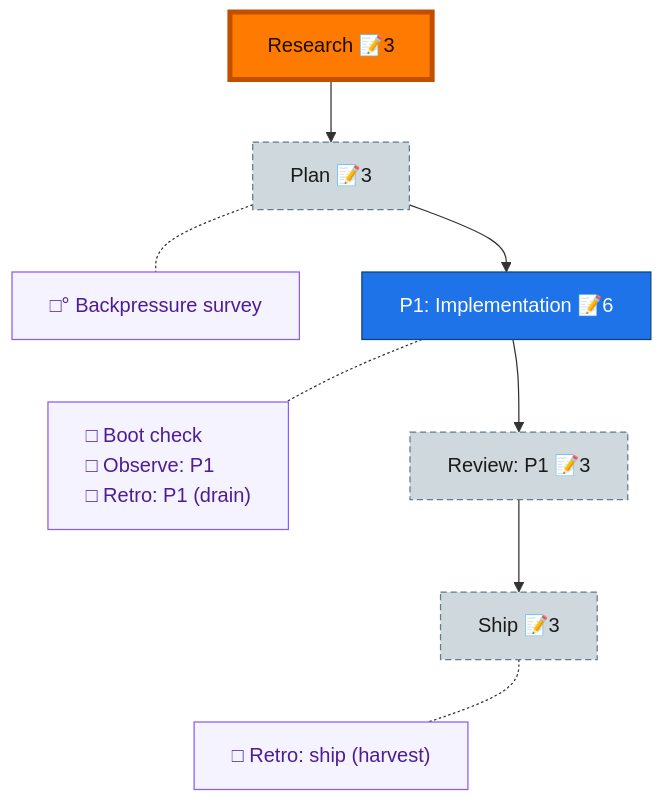
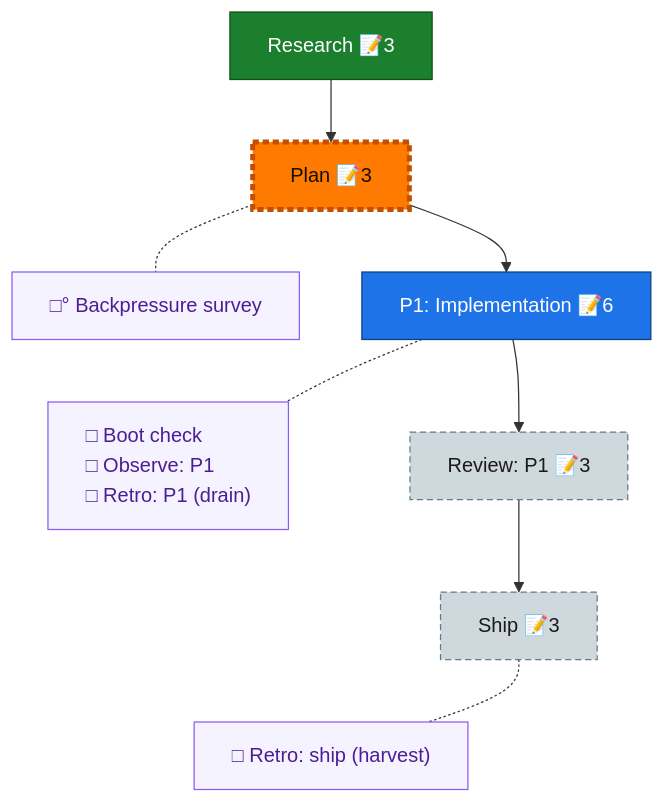
One commit to AI-Substrate/harness-engineering changed the diagram in docs/plans/065-deterministic-documents/the-flow.md. Above: the diagram before and after it, drawn with Mermaid. The commit also changed other lines of this file and 2 other files, not shown here.

Commit message:
docs(065): explore stage — research dossier (dd landing sites + gate-posture tension)
14 current findings (core-act requirement, dd-core lib pattern, no mechanical
gate exists + ws004 C3 tension, render/watcher/checks precedents), 5 historical
rows citing D1-D16 corpus. Flow: research done, nav at plan seam.

````diff
--- a/docs/plans/065-deterministic-documents/the-flow.md
+++ b/docs/plans/065-deterministic-documents/the-flow.md
@@ -8,29 +8,29 @@
 ```mermaid
 flowchart TD
-    research["Research 📝3"]:::wip
+    research["Research 📝3"]:::done
     plan["Plan 📝3"]:::assumed
     phase_1["P1: Implementation 📝6"]:::known
     review_1["Review: P1 📝3"]:::assumed
     ship["Ship 📝3"]:::assumed
 
     research --> plan --> phase_1 --> review_1 --> ship
 
     planC["□° Backpressure survey"]:::chore
     phase_1C["□ Boot check<br/>□ Observe: P1<br/>□ Retro: P1 (drain)"]:::chore
     shipC["□ Retro: ship (harvest)"]:::chore
 
     %% invisible chain holds the gutter boxes in their own column
     planC ~~~ phase_1C ~~~ shipC
 
     %% dotted links pull each gutter box beside its node
     plan -.- planC
     phase_1 -.- phase_1C
     ship -.- shipC
 
-    classDef wip fill:#43C04A,stroke:#1B7F2E,color:#04210A;
+    classDef done fill:#1B7F2E,stroke:#0F4F1B,color:#fff;
     classDef known fill:#1E73E8,stroke:#0D3F86,color:#fff;
     classDef assumed fill:#CFD8DC,stroke:#607D8B,color:#1a1a1a,stroke-dasharray:5 3;
     classDef chore fill:#f5f3ff,stroke:#8b5cf6,color:#4c1d95,text-align:left;
     classDef current fill:#FF7A00,stroke:#C24E00,color:#1a0e00,stroke-width:4px;
-    class research current;
+    class plan current;
 ```
````
